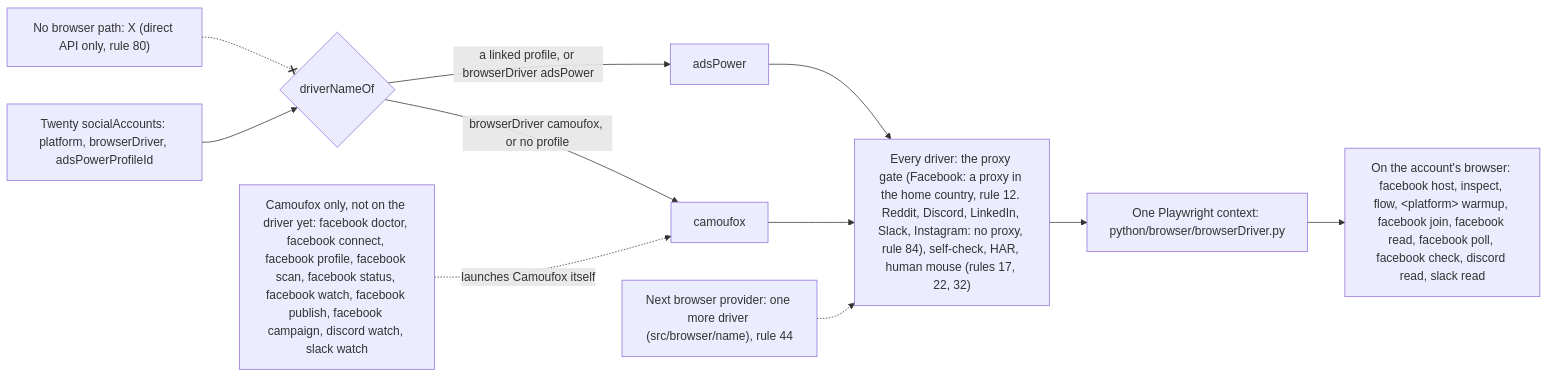
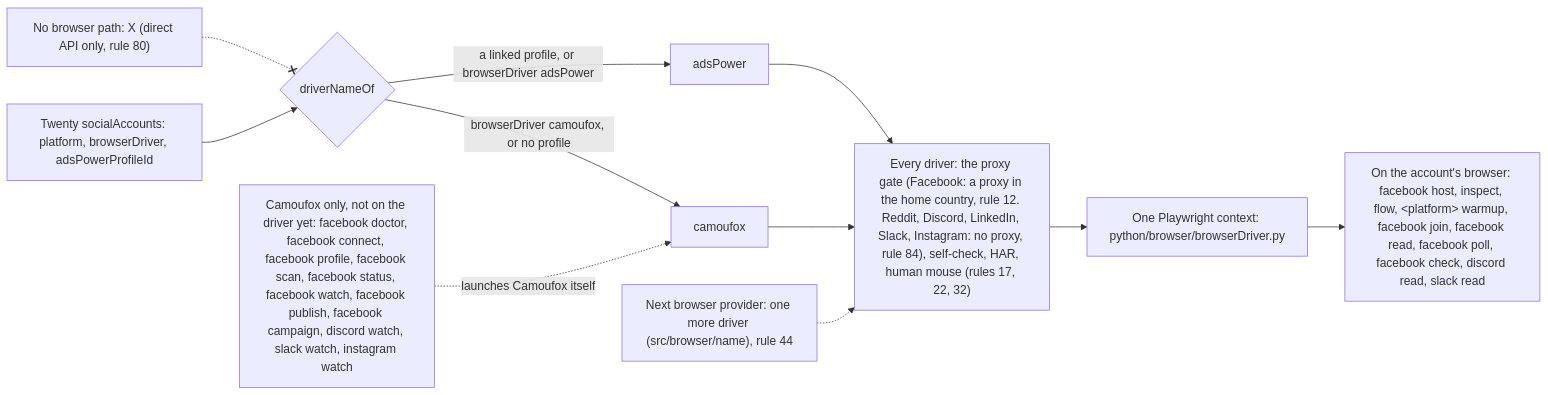
Before and after one commit to matthewdonsemail-lab/log: the second of 6 diagrams in docs/reference.md, drawn with Mermaid. The commit also changed other lines of this file and 34 other files, not shown here.

````diff
--- a/docs/reference.md
+++ b/docs/reference.md
@@ -84,19 +84,19 @@
 ```mermaid
 flowchart LR
   twenty["Twenty socialAccounts: platform, browserDriver, adsPowerProfileId"]
   pick{"driverNameOf"}
   gates["Every driver: the proxy gate (Facebook: a proxy in the home country, rule 12. Reddit, Discord, LinkedIn, Slack, Instagram: no proxy, rule 84), self-check, HAR, human mouse (rules 17, 22, 32)"]
   session["One Playwright context: python/browser/browserDriver.py"]
   twenty --> pick
   pick -->|"browserDriver camoufox, or no profile"| d_camoufox["camoufox"]
   pick -->|"a linked profile, or browserDriver adsPower"| d_adsPower["adsPower"]
   d_camoufox --> gates
   d_adsPower --> gates
   more["Next browser provider: one more driver (src/browser/name), rule 44"] -.-> gates
   gates --> session
   account["On the account's browser: facebook host, inspect, flow, #lt;platform#gt; warmup, facebook join, facebook read, facebook poll, facebook check, discord read, slack read"]
-  camoufox["Camoufox only, not on the driver yet: facebook doctor, facebook connect, facebook profile, facebook scan, facebook status, facebook watch, facebook publish, facebook campaign, discord watch, slack watch"]
+  camoufox["Camoufox only, not on the driver yet: facebook doctor, facebook connect, facebook profile, facebook scan, facebook status, facebook watch, facebook publish, facebook campaign, discord watch, slack watch, instagram watch"]
   session --> account
   camoufox -.->|"launches Camoufox itself"| d_camoufox
   nobrowser["No browser path: X (direct API only, rule 80)"] -.-x pick
 ```
````
